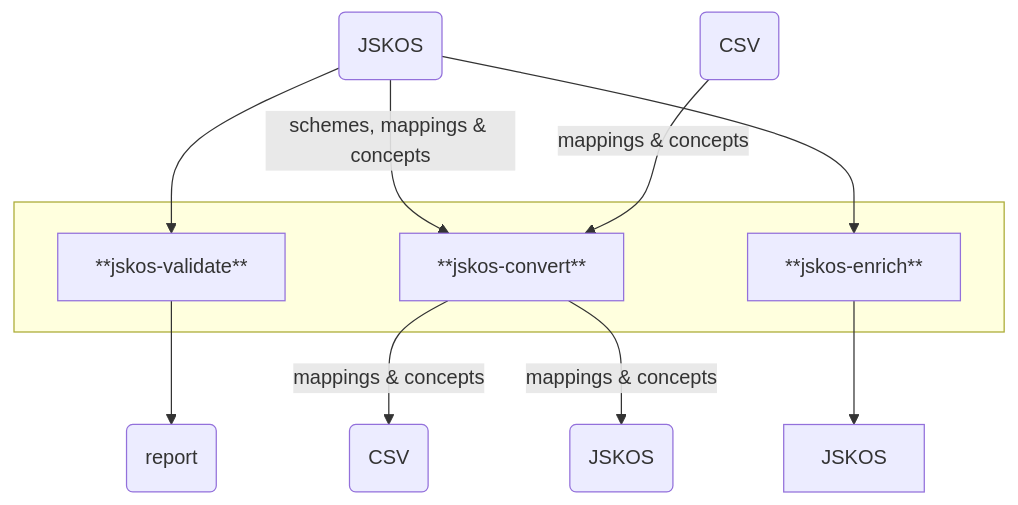
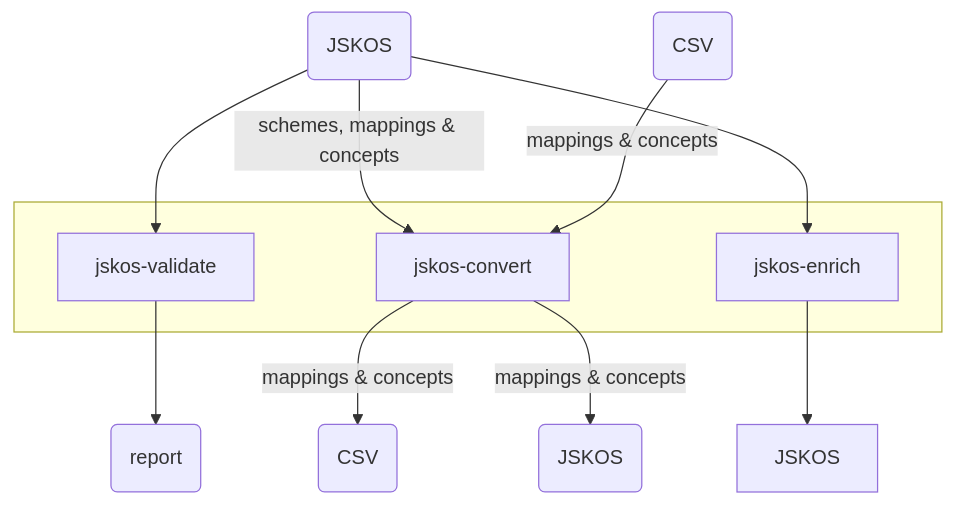
The diagram in README.md (gbv/jskos-cli), drawn with Mermaid before and after one commit. The commit also changed other lines of this file, not shown here.

````diff
--- a/README.md
+++ b/README.md
@@ -162,24 +166,24 @@
 ```mermaid
 graph TD
    jskosin(JSKOS)
     csvin(CSV)
     report(report)
     jskosout(JSKOS)
     csvout(CSV)
     
     jskosin --> jskos-validate
     jskosin -- schemes, mappings & concepts --> jskos-convert
     csvin -- mappings & concepts --> jskos-convert
     jskosin --> jskos-enrich
 
     jskos-convert -- mappings & concepts --> csvout
     jskos-convert -- mappings & concepts --> jskosout
 
     subgraph jskos-cli [ ]
-        jskos-validate[**jskos-validate**]
-        jskos-convert[**jskos-convert**]
-        jskos-enrich[**jskos-enrich**]
+        jskos-validate[jskos-validate]
+        jskos-convert[jskos-convert]
+        jskos-enrich[jskos-enrich]
     end
     jskos-validate --> report
     jskos-enrich --> JSKOS
 ```
````
